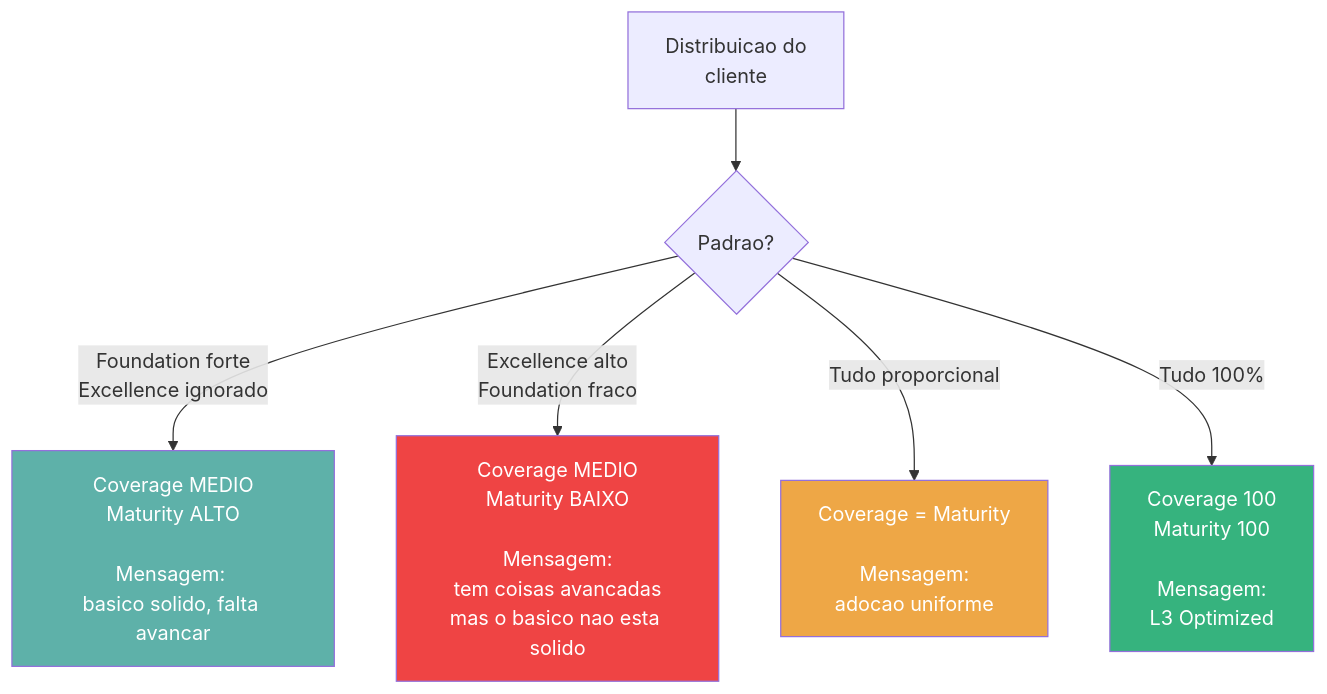
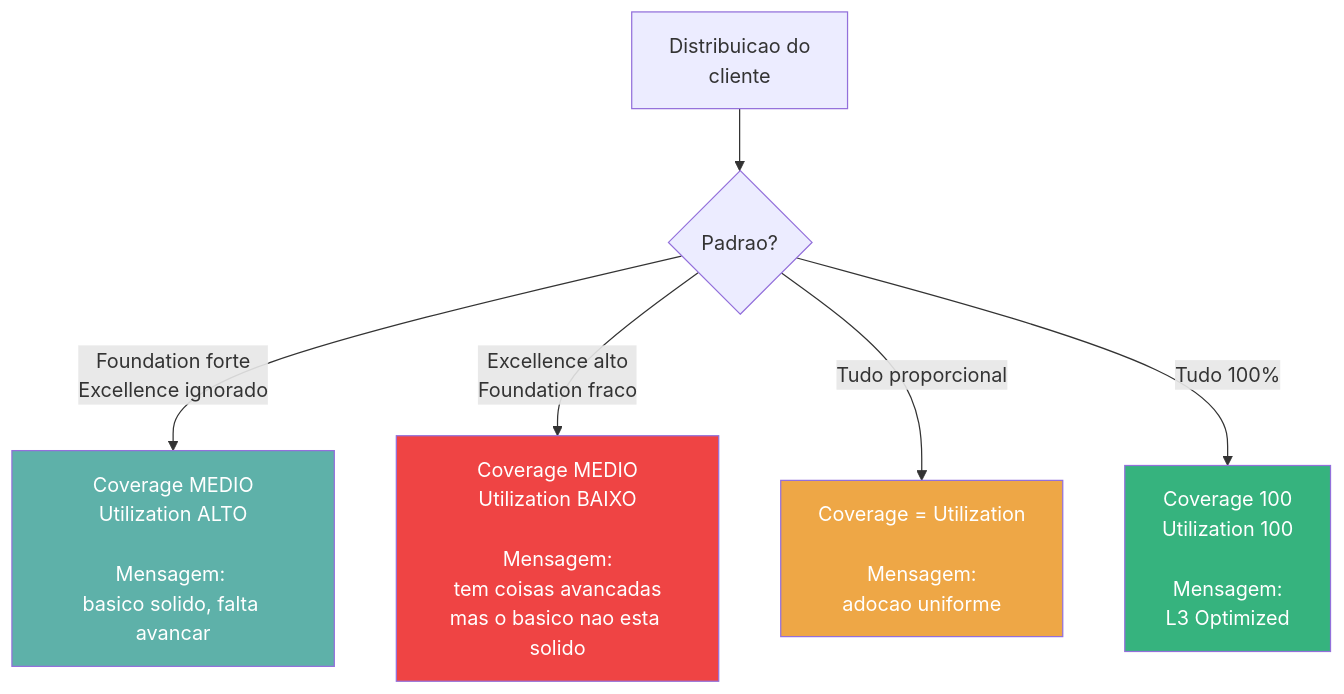
One commit to mbdccoletta/Pulse-Assessment-App changed diagram 11 of 14 in docs/SCORING-CALCULATIONS.md. Above: the diagram before and after it, drawn with Mermaid. The commit also changed other lines of this file and 11 other files, not shown here.

````diff
--- a/docs/SCORING-CALCULATIONS.md
+++ b/docs/SCORING-CALCULATIONS.md
@@ -350,17 +350,17 @@
 ```mermaid
 flowchart TD
     A[Distribuicao do<br/>cliente] --> B{Padrao?}
 
-    B -->|Foundation forte<br/>Excellence ignorado| C["Coverage MEDIO<br/>Maturity ALTO<br/><br/>Mensagem: <br/>basico solido, falta avancar"]
+    B -->|Foundation forte<br/>Excellence ignorado| C["Coverage MEDIO<br/>Utilization ALTO<br/><br/>Mensagem: <br/>basico solido, falta avancar"]
 
-    B -->|Excellence alto<br/>Foundation fraco| D["Coverage MEDIO<br/>Maturity BAIXO<br/><br/>Mensagem:<br/>tem coisas avancadas<br/>mas o basico nao esta solido"]
+    B -->|Excellence alto<br/>Foundation fraco| D["Coverage MEDIO<br/>Utilization BAIXO<br/><br/>Mensagem:<br/>tem coisas avancadas<br/>mas o basico nao esta solido"]
 
-    B -->|Tudo proporcional| E["Coverage = Maturity<br/><br/>Mensagem:<br/>adocao uniforme"]
+    B -->|Tudo proporcional| E["Coverage = Utilization<br/><br/>Mensagem:<br/>adocao uniforme"]
 
-    B -->|Tudo 100%| F["Coverage 100<br/>Maturity 100<br/><br/>Mensagem:<br/>L3 Optimized"]
+    B -->|Tudo 100%| F["Coverage 100<br/>Utilization 100<br/><br/>Mensagem:<br/>L3 Optimized"]
 
     style C fill:#5EB1A9,color:#fff
     style D fill:#EF4444,color:#fff
     style E fill:#EEA746,color:#fff
     style F fill:#36B37E,color:#fff
 ```
````
